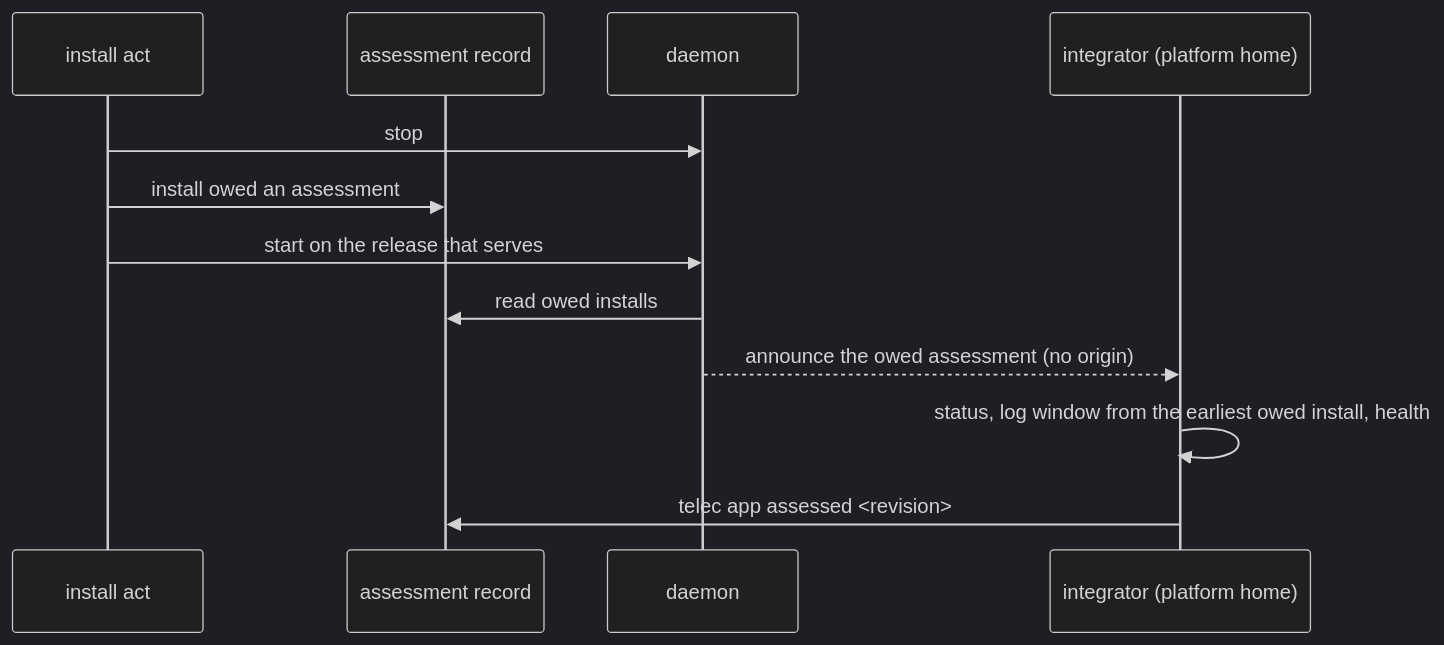
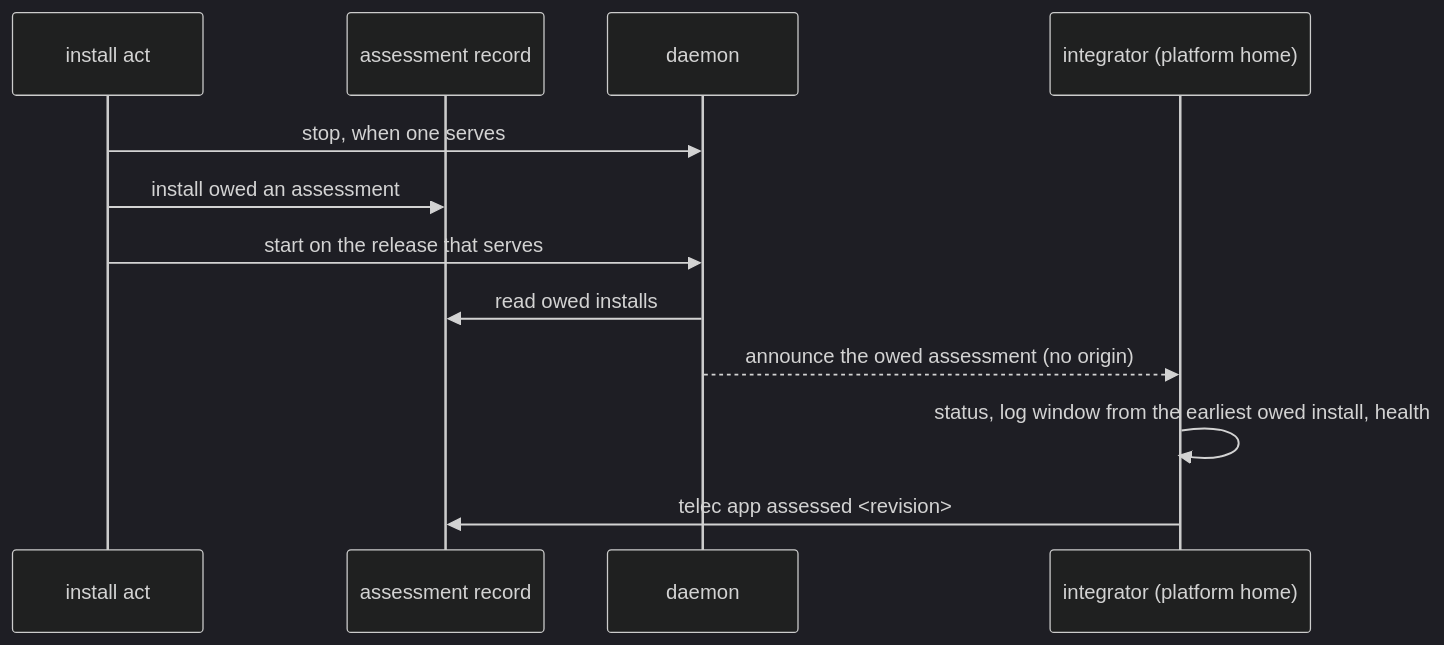
Before and after one commit to InstruktAI/TeleClaude: the third of 3 diagrams in docs/local/design/architecture/installation.md, drawn with Mermaid (dark theme). The commit also changed other lines of this file and 2 other files, not shown here.

````diff
--- a/docs/local/design/architecture/installation.md
+++ b/docs/local/design/architecture/installation.md
@@ -222,14 +222,14 @@
 ```mermaid
 sequenceDiagram
   participant Rec as install act
   participant IR as assessment record
   participant D as daemon
   participant I as integrator (platform home)
-  Rec->>D: stop
+  Rec->>D: stop, when one serves
   Rec->>IR: install owed an assessment
   Rec->>D: start on the release that serves
   D->>IR: read owed installs
   D-->>I: announce the owed assessment (no origin)
   I->>I: status, log window from the earliest owed install, health
   I->>IR: telec app assessed <revision>
 ```
````
